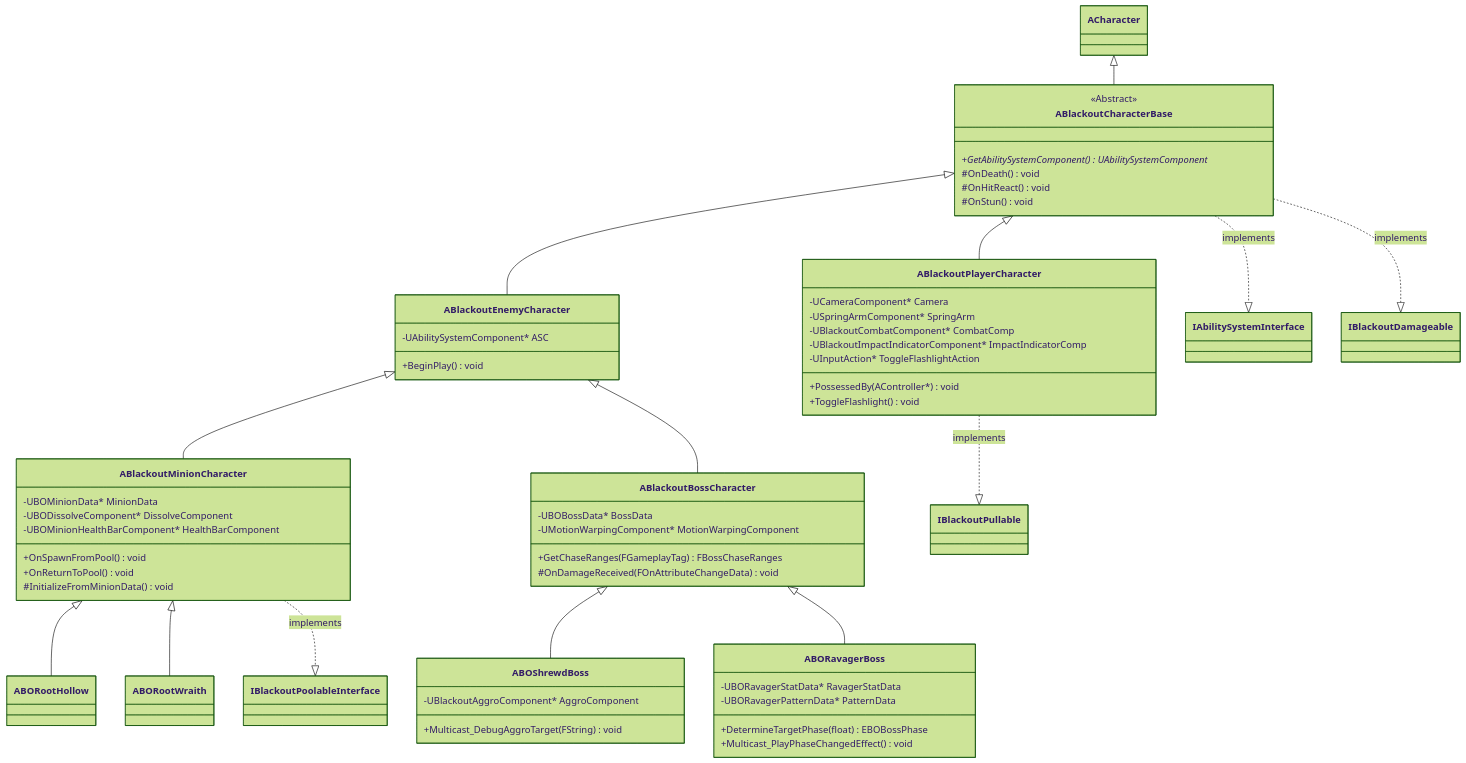
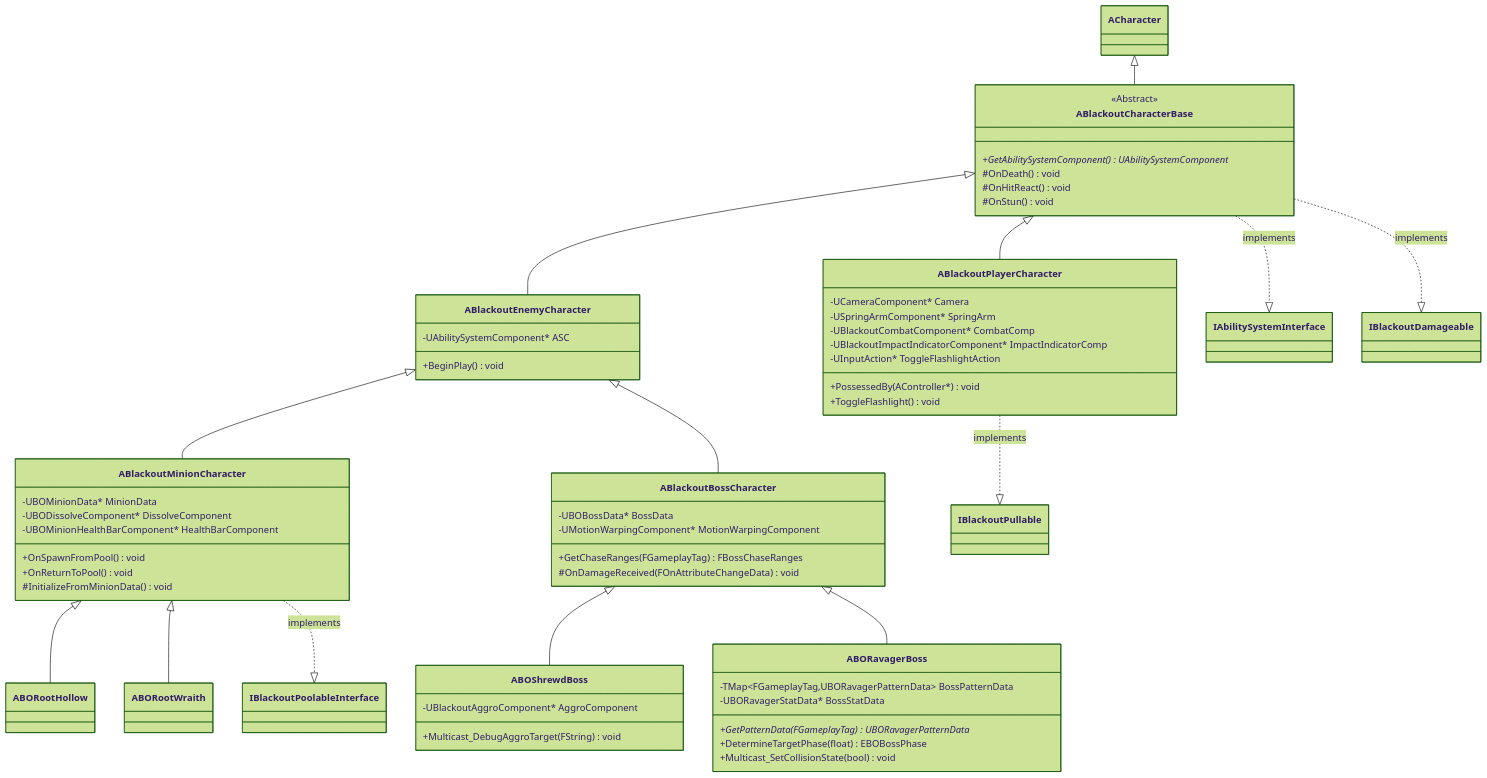
The first of 15 diagrams in Docs/Project_Blackout_클래스다이어그램.md (seongwon1579/ProjectBlackout), drawn with Mermaid (forest theme) before and after one commit. The commit also changed other lines of this file and 29 other files, not shown here.

````diff
--- a/Docs/Project_Blackout_클래스다이어그램.md
+++ b/Docs/Project_Blackout_클래스다이어그램.md
@@ -11,70 +11,71 @@
 ```mermaid
 classDiagram
     direction TB
 
     ACharacter <|-- ABlackoutCharacterBase
     ABlackoutCharacterBase <|-- ABlackoutPlayerCharacter
     ABlackoutCharacterBase <|-- ABlackoutEnemyCharacter
     ABlackoutEnemyCharacter <|-- ABlackoutMinionCharacter
     ABlackoutMinionCharacter <|-- ABORootHollow
     ABlackoutMinionCharacter <|-- ABORootWraith
     ABlackoutEnemyCharacter <|-- ABlackoutBossCharacter
     ABlackoutBossCharacter <|-- ABOShrewdBoss
     ABlackoutBossCharacter <|-- ABORavagerBoss
 
     ABlackoutCharacterBase ..|> IAbilitySystemInterface : implements
     ABlackoutCharacterBase ..|> IBlackoutDamageable : implements
     ABlackoutPlayerCharacter ..|> IBlackoutPullable : implements
     ABlackoutMinionCharacter ..|> IBlackoutPoolableInterface : implements
 
     class ABlackoutCharacterBase {
         <<Abstract>>
         +GetAbilitySystemComponent() UAbilitySystemComponent*
         #OnDeath() void
         #OnHitReact() void
         #OnStun() void
     }
 
     class ABlackoutPlayerCharacter {
         -UCameraComponent* Camera
         -USpringArmComponent* SpringArm
         -UBlackoutCombatComponent* CombatComp
         -UBlackoutImpactIndicatorComponent* ImpactIndicatorComp
         -UInputAction* ToggleFlashlightAction
         +PossessedBy(AController*) void
         +ToggleFlashlight() void
     }
 
     class ABlackoutEnemyCharacter {
         -UAbilitySystemComponent* ASC
         +BeginPlay() void
     }
 
     class ABlackoutMinionCharacter {
         -UBOMinionData* MinionData
         -UBODissolveComponent* DissolveComponent
         -UBOMinionHealthBarComponent* HealthBarComponent
         +OnSpawnFromPool() void
         +OnReturnToPool() void
         #InitializeFromMinionData() void
     }
 
     class ABlackoutBossCharacter {
         -UBOBossData* BossData
         -UMotionWarpingComponent* MotionWarpingComponent
         +GetChaseRanges(FGameplayTag) FBossChaseRanges
         #OnDamageReceived(FOnAttributeChangeData) void
     }
 
     class ABOShrewdBoss {
         -UBlackoutAggroComponent* AggroComponent
         +Multicast_DebugAggroTarget(FString) void
     }
 
     class ABORavagerBoss {
-        -UBORavagerStatData* RavagerStatData
-        -UBORavagerPatternData* PatternData
+        -TMap~FGameplayTag,UBORavagerPatternData~ BossPatternData
+        -UBORavagerStatData* BossStatData
+        +GetPatternData(FGameplayTag) UBORavagerPatternData*
         +DetermineTargetPhase(float) EBOBossPhase
-        +Multicast_PlayPhaseChangedEffect() void
+        +Multicast_SetCollisionState(bool) void
     }
 ```
````
